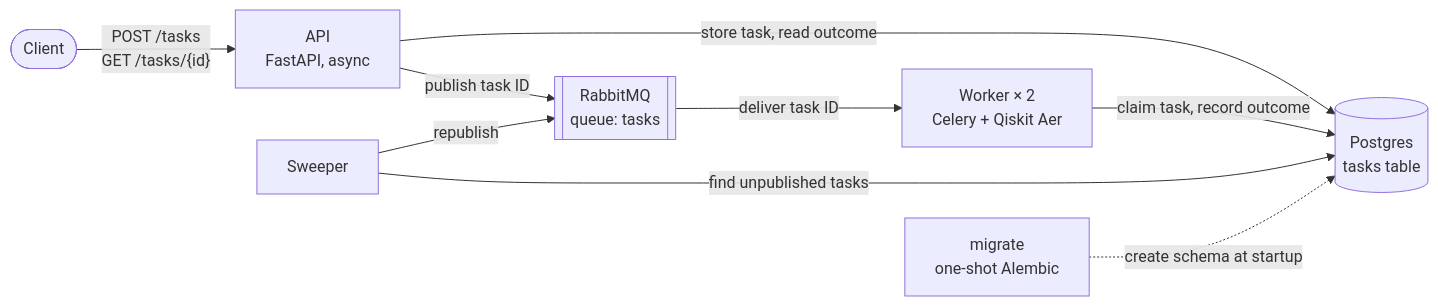
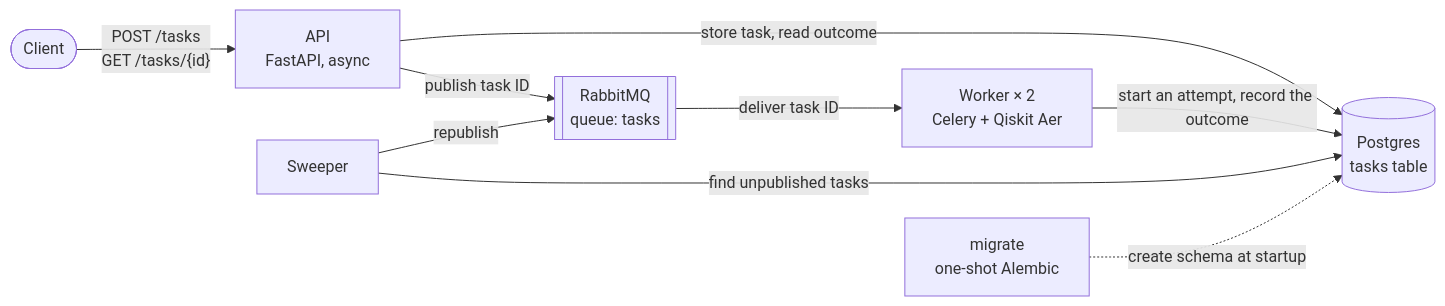
The first of 2 diagrams in README.md (DanielEidlin/classiq-hometask), drawn with Mermaid before and after one commit. The commit also changed 10 other files, not shown here.

````diff
--- a/README.md
+++ b/README.md
@@ -108,19 +108,19 @@
 ```mermaid
 flowchart LR
     client([Client])
     api["API<br/>FastAPI, async"]
     pg[("Postgres<br/>tasks table")]
     mq[["RabbitMQ<br/>queue: tasks"]]
     worker["Worker × 2<br/>Celery + Qiskit Aer"]
     sweeper["Sweeper"]
     migrate["migrate<br/>one-shot Alembic"]
 
     client -- "POST /tasks<br/>GET /tasks/{id}" --> api
     api -- "store task, read outcome" --> pg
     api -- "publish task ID" --> mq
     mq -- "deliver task ID" --> worker
-    worker -- "claim task, record outcome" --> pg
+    worker -- "start an attempt, record the outcome" --> pg
     sweeper -- "find unpublished tasks" --> pg
     sweeper -- "republish" --> mq
     migrate -. "create schema at startup" .-> pg
 ```
````
